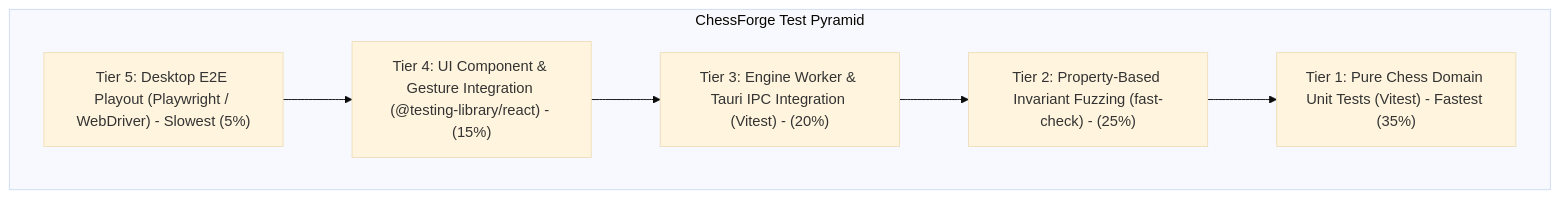
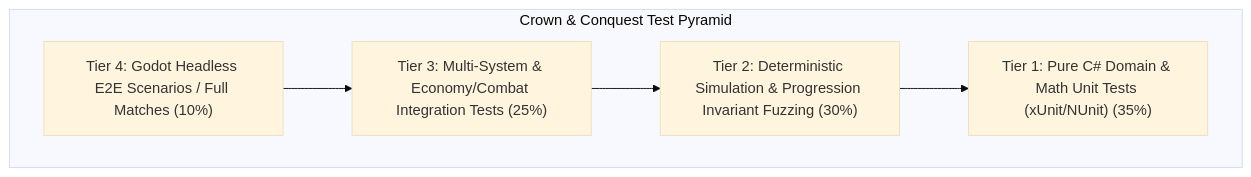
The diagram in .agents/AGENTS.md (munna7862/CrownConquest), drawn with Mermaid (base theme) before and after one commit. The commit also changed other lines of this file and 24 other files, not shown here.

````diff
--- a/.agents/AGENTS.md
+++ b/.agents/AGENTS.md
@@ -31,15 +42,13 @@
 ```mermaid
 graph TD
-    subgraph Pyramid ["ChessForge Test Pyramid"]
-        E2E["Tier 5: Desktop E2E Playout (Playwright / WebDriver) - Slowest (5%)"]
-        UIComp["Tier 4: UI Component & Gesture Integration (@testing-library/react) - (15%)"]
-        EngineInt["Tier 3: Engine Worker & Tauri IPC Integration (Vitest) - (20%)"]
-        PropTest["Tier 2: Property-Based Invariant Fuzzing (fast-check) - (25%)"]
-        DomainUnit["Tier 1: Pure Chess Domain Unit Tests (Vitest) - Fastest (35%)"]
+    subgraph Pyramid ["Crown & Conquest Test Pyramid"]
+        E2E["Tier 4: Godot Headless E2E Scenarios / Full Matches (10%)"]
+        SystemInt["Tier 3: Multi-System & Economy/Combat Integration Tests (25%)"]
+        SimFuzz["Tier 2: Deterministic Simulation & Progression Invariant Fuzzing (30%)"]
+        UnitTests["Tier 1: Pure C# Domain & Math Unit Tests (xUnit/NUnit) (35%)"]
     end
 
-    E2E --> UIComp
-    UIComp --> EngineInt
-    EngineInt --> PropTest
-    PropTest --> DomainUnit
+    E2E --> SystemInt
+    SystemInt --> SimFuzz
+    SimFuzz --> UnitTests
 ```
````
